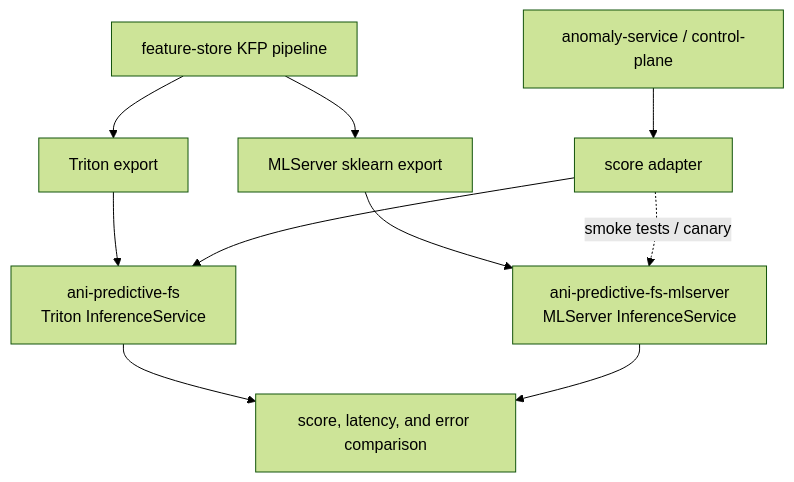
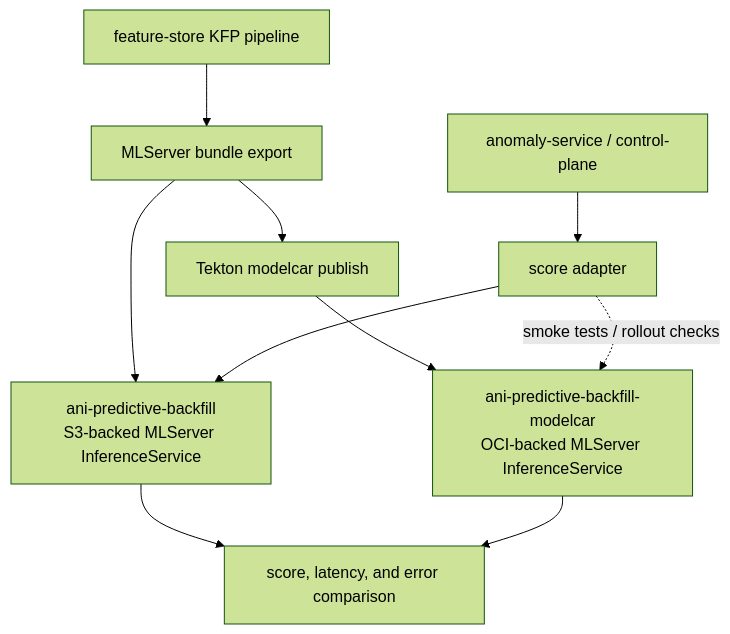
The sixth of 6 diagrams in docs/architecture/engineering-spec.md (rh-telco-tigers/Autonomous-Network-Intelligence-Anomaly-Detection-with-Red-Hat-OpenShift-AI), drawn with Mermaid (forest theme) before and after one commit. The commit also changed other lines of this file and 23 other files, not shown here.

Commit message:
modelcar for predictive model

````diff
--- a/docs/architecture/engineering-spec.md
+++ b/docs/architecture/engineering-spec.md
@@ -707,12 +707,12 @@
 ```mermaid
 flowchart TD
-  KFP["feature-store KFP pipeline"] --> ExportT["Triton export"]
-  KFP --> ExportM["MLServer sklearn export"]
-  ExportT --> TritonISVC["ani-predictive-fs<br/>Triton InferenceService"]
-  ExportM --> MLISVC["ani-predictive-fs-mlserver<br/>MLServer InferenceService"]
+  KFP["feature-store KFP pipeline"] --> ExportS3["MLServer bundle export"]
+  ExportS3 --> BackfillS3["ani-predictive-backfill<br/>S3-backed MLServer InferenceService"]
+  ExportS3 --> ModelcarPublish["Tekton modelcar publish"]
+  ModelcarPublish --> ModelcarISVC["ani-predictive-backfill-modelcar<br/>OCI-backed MLServer InferenceService"]
   Client["anomaly-service / control-plane"] --> Adapter["score adapter"]
-  Adapter --> TritonISVC
-  Adapter -. smoke tests / canary .-> MLISVC
-  TritonISVC --> Compare["score, latency, and error comparison"]
-  MLISVC --> Compare
+  Adapter --> BackfillS3
+  Adapter -. smoke tests / rollout checks .-> ModelcarISVC
+  BackfillS3 --> Compare["score, latency, and error comparison"]
+  ModelcarISVC --> Compare
 ```
````
